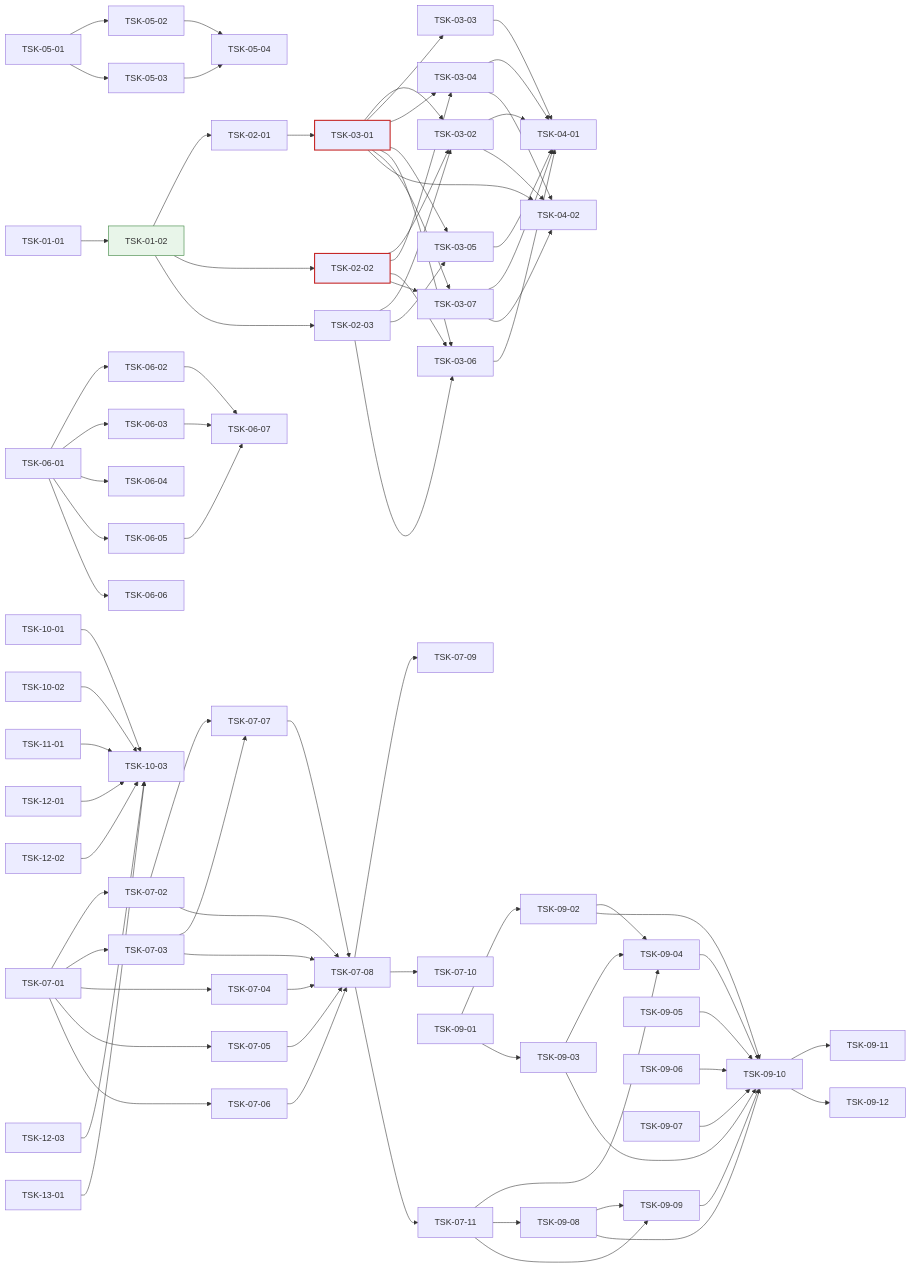
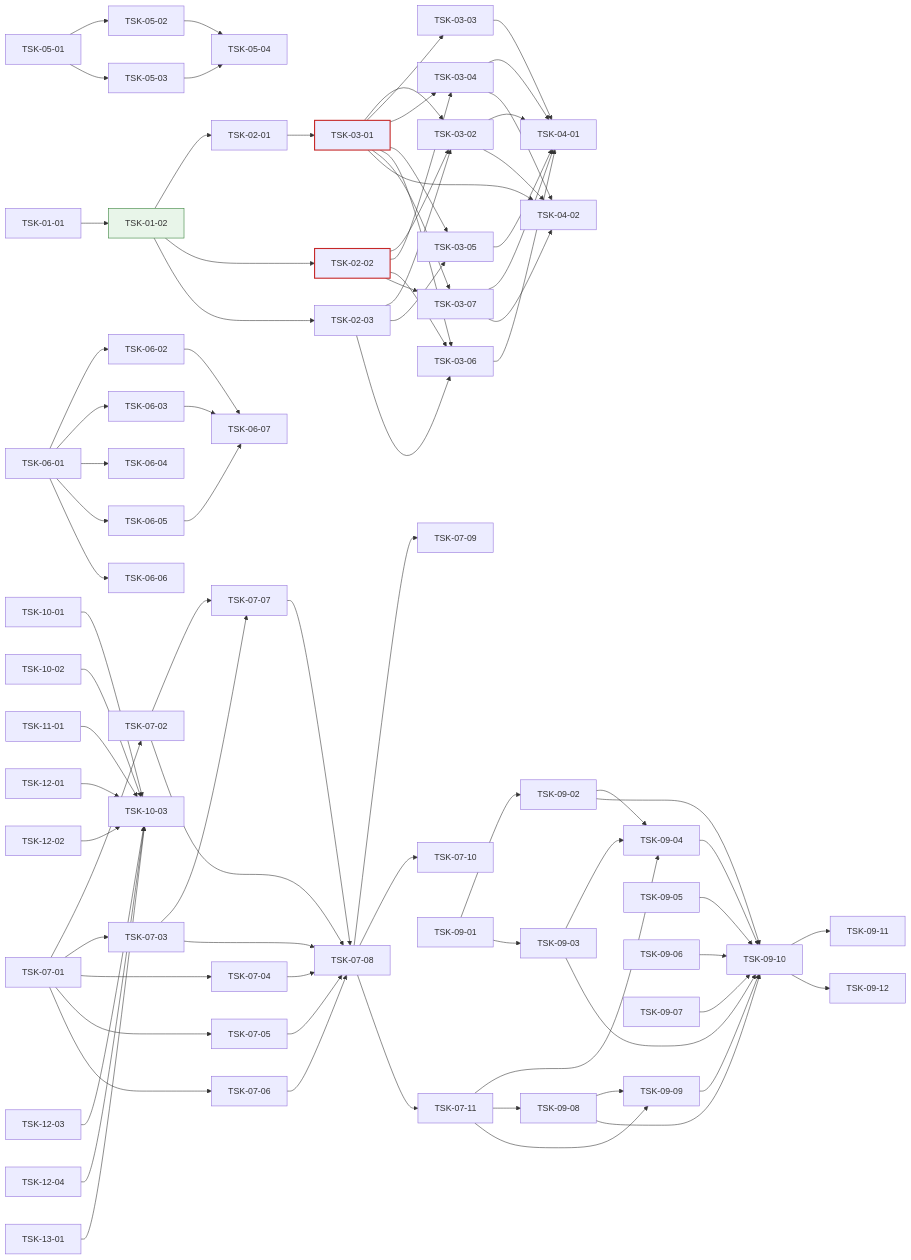
The diagram in docs/oranda1/wbs.md (jongik-sv/oranda), drawn with Mermaid before and after one commit. The commit also changed other lines of this file and 15 other files, not shown here.

```diff
--- a/docs/oranda1/wbs.md
+++ b/docs/oranda1/wbs.md
@@ -964,6 +975,7 @@
   TSK-12-01 --> TSK-10-03
   TSK-12-02 --> TSK-10-03
   TSK-12-03 --> TSK-10-03
+  TSK-12-04 --> TSK-10-03
   TSK-13-01 --> TSK-10-03
   style TSK-01-02 fill:#e8f5e9,stroke:#2e7d32
   style TSK-03-01 stroke:#c62828,stroke-width:2px
```
